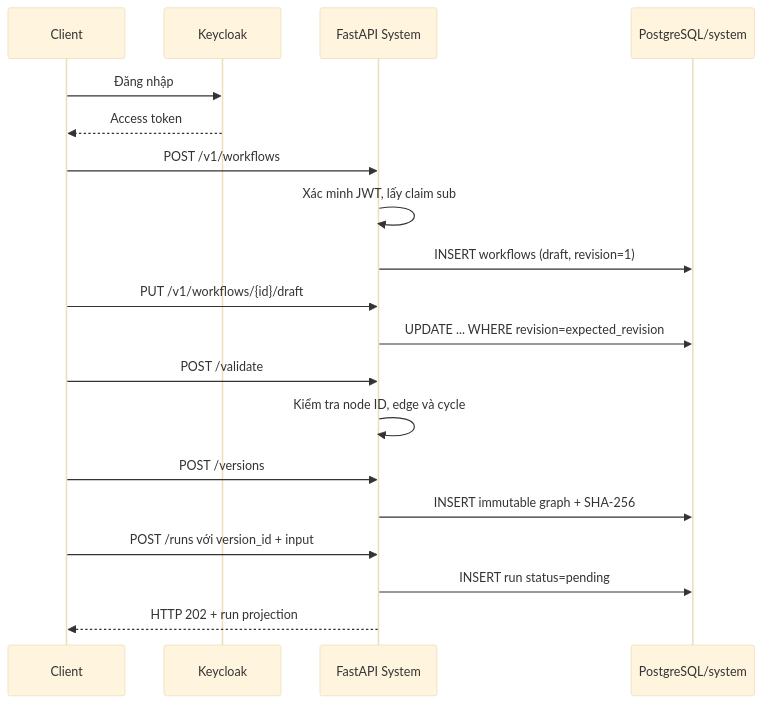
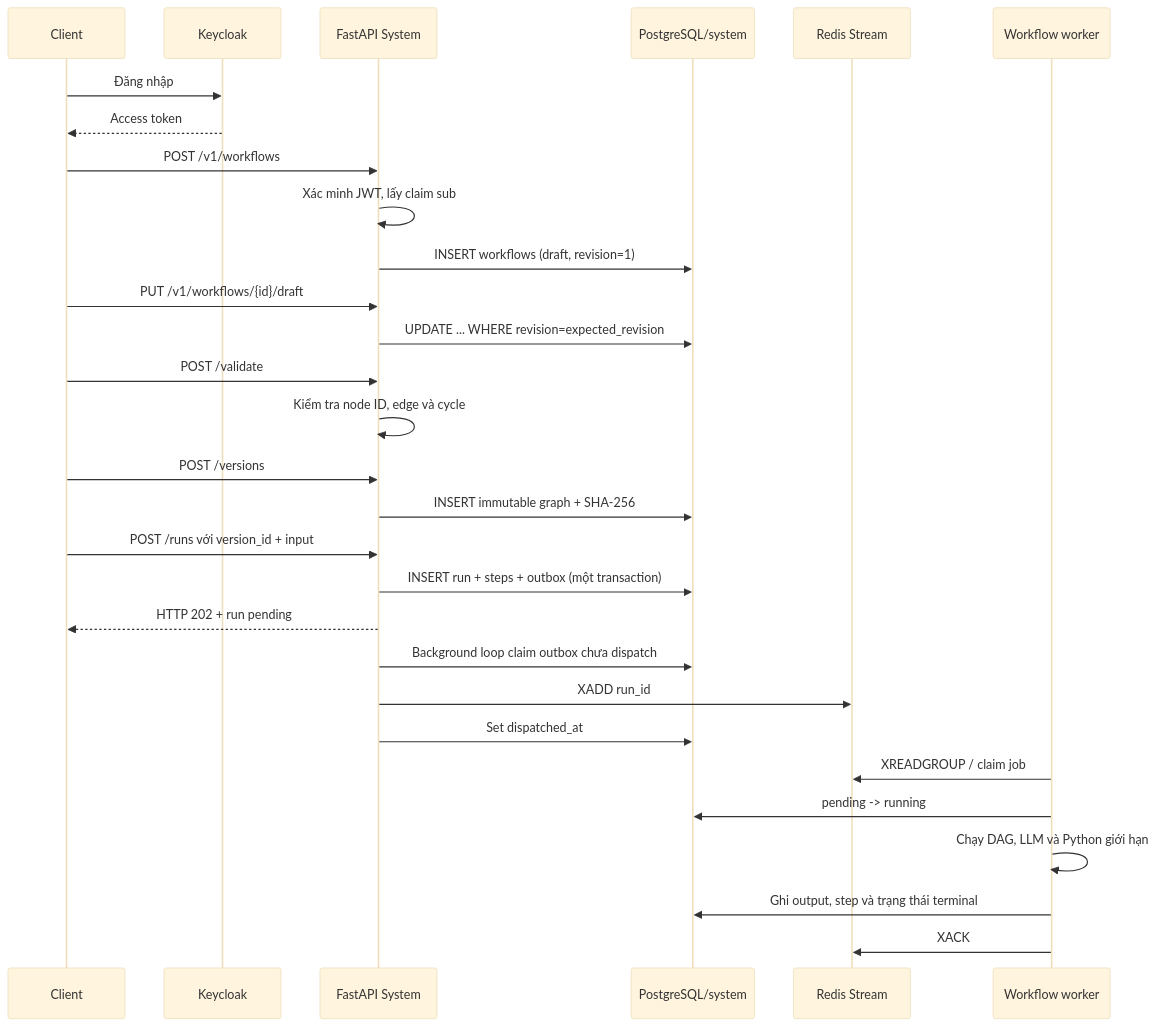
The second of 3 diagrams in docs/workflow-execution.md (ndthangit/AgentFlow), drawn with Mermaid (base theme) before and after one commit. The commit also changed other lines of this file and 57 other files, not shown here.

First line of the commit message:
feat: Implement Redis Streams queue for workflow run dispatch

````diff
--- a/docs/workflow-execution.md
+++ b/docs/workflow-execution.md
@@ -79,22 +88,32 @@
 ```mermaid
 sequenceDiagram
     participant C as Client
     participant K as Keycloak
     participant A as FastAPI System
     participant P as PostgreSQL/system
+    participant R as Redis Stream
+    participant W as Workflow worker
 
     C->>K: Đăng nhập
     K-->>C: Access token
     C->>A: POST /v1/workflows
     A->>A: Xác minh JWT, lấy claim sub
     A->>P: INSERT workflows (draft, revision=1)
     C->>A: PUT /v1/workflows/{id}/draft
     A->>P: UPDATE ... WHERE revision=expected_revision
     C->>A: POST /validate
     A->>A: Kiểm tra node ID, edge và cycle
     C->>A: POST /versions
     A->>P: INSERT immutable graph + SHA-256
     C->>A: POST /runs với version_id + input
-    A->>P: INSERT run status=pending
-    A-->>C: HTTP 202 + run projection
+    A->>P: INSERT run + steps + outbox (một transaction)
+    A-->>C: HTTP 202 + run pending
+    A->>P: Background loop claim outbox chưa dispatch
+    A->>R: XADD run_id
+    A->>P: Set dispatched_at
+    W->>R: XREADGROUP / claim job
+    W->>P: pending -> running
+    W->>W: Chạy DAG, LLM và Python giới hạn
+    W->>P: Ghi output, step và trạng thái terminal
+    W->>R: XACK
 ```
````
